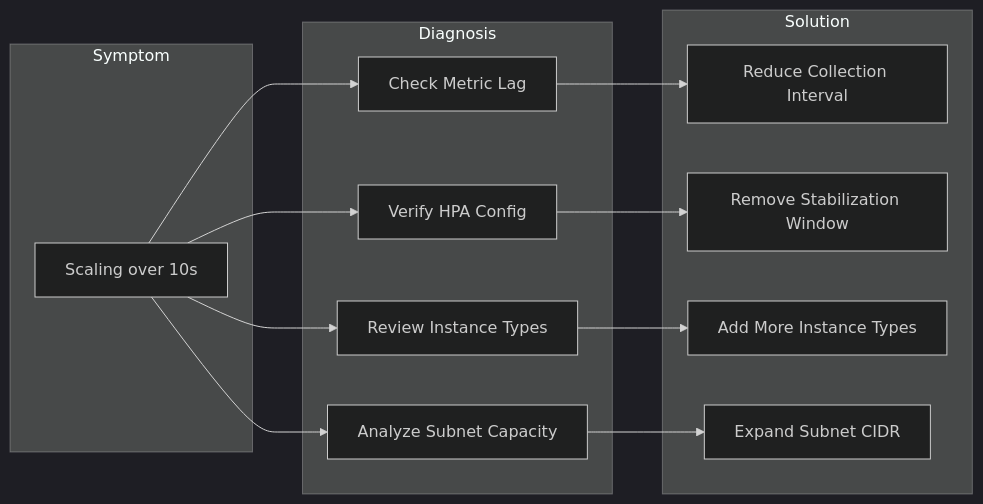
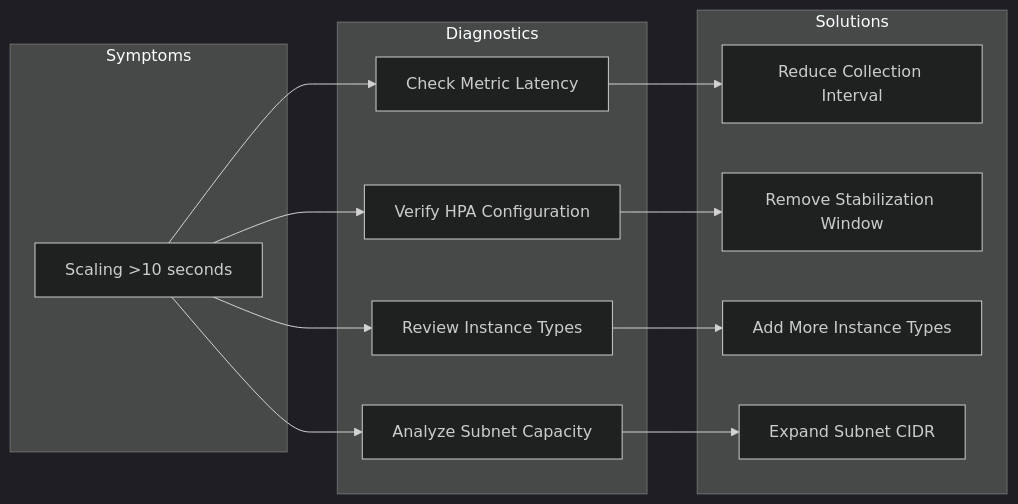
Diagram 15 of 33 in i18n/en/docusaurus-plugin-content-docs/current/infrastructure-optimization/karpenter-autoscaling.md (devfloor9/engineering-playbook), drawn with Mermaid (dark theme) before and after one commit. The commit also changed other lines of this file and 43 other files, not shown here.

````diff
--- a/i18n/en/docusaurus-plugin-content-docs/current/infrastructure-optimization/karpenter-autoscaling.md
+++ b/i18n/en/docusaurus-plugin-content-docs/current/infrastructure-optimization/karpenter-autoscaling.md
@@ -700,26 +950,26 @@
 ```mermaid
 graph LR
-    subgraph "Symptom"
-        SLOW[Scaling over 10s]
+    subgraph "Symptoms"
+        SLOW[Scaling >10 seconds]
     end
 
-    subgraph "Diagnosis"
-        D1[Check Metric Lag]
-        D2[Verify HPA Config]
+    subgraph "Diagnostics"
+        D1[Check Metric Latency]
+        D2[Verify HPA Configuration]
         D3[Review Instance Types]
         D4[Analyze Subnet Capacity]
     end
 
-    subgraph "Solution"
+    subgraph "Solutions"
         S1[Reduce Collection Interval]
         S2[Remove Stabilization Window]
         S3[Add More Instance Types]
         S4[Expand Subnet CIDR]
     end
 
     SLOW --> D1 --> S1
     SLOW --> D2 --> S2
     SLOW --> D3 --> S3
     SLOW --> D4 --> S4
 
 ```
````
